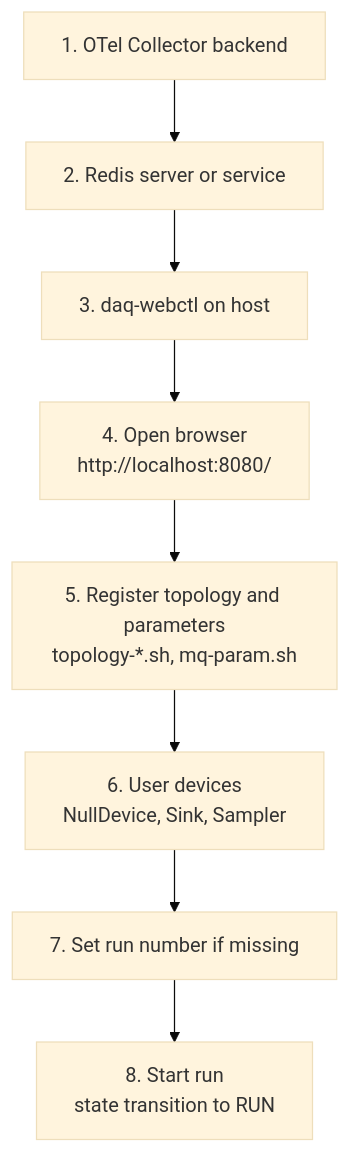
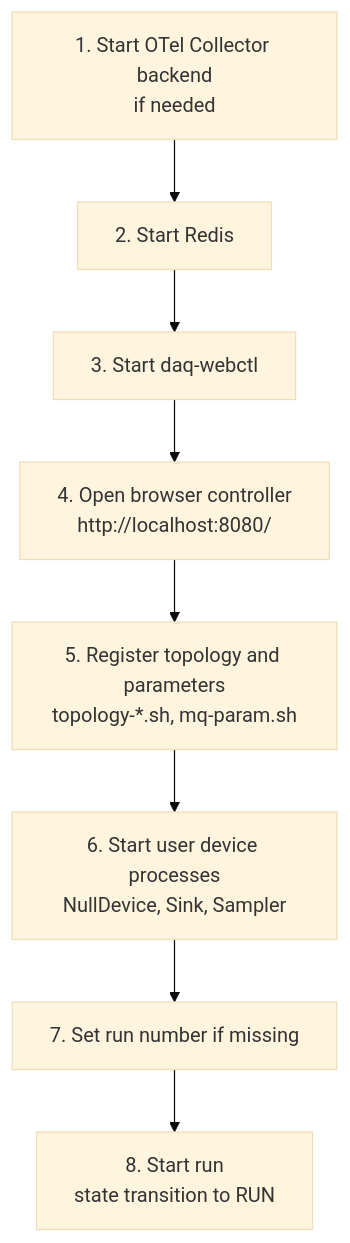
Before and after one commit to tntakahashi/nestdaq: the first of 2 diagrams in examples/README.md, drawn with Mermaid (base theme). The commit also changed other lines of this file, not shown here.

Commit message:
Add action verbs to examples flow diagram

````diff
--- a/examples/README.md
+++ b/examples/README.md
@@ -65,14 +65,14 @@
 ```mermaid
 flowchart TD
-  Otel[1. OTel Collector backend]
-  Redis[2. Redis server or service]
-  WebCtl[3. daq-webctl on host]
-  Browser[4. Open browser<br/>http://localhost:8080/]
+  Otel[1. Start OTel Collector backend<br/>if needed]
+  Redis[2. Start Redis]
+  WebCtl[3. Start daq-webctl]
+  Browser[4. Open browser controller<br/>http://localhost:8080/]
   Config[5. Register topology and parameters<br/>topology-*.sh, mq-param.sh]
-  UserDevices[6. User devices<br/>NullDevice, Sink, Sampler]
+  UserDevices[6. Start user device processes<br/>NullDevice, Sink, Sampler]
   RunNumber[7. Set run number if missing]
   StartRun[8. Start run<br/>state transition to RUN]
 
   Otel --> Redis --> WebCtl --> Browser --> Config --> UserDevices --> RunNumber
   RunNumber --> StartRun
 ```
````
